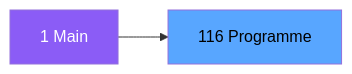
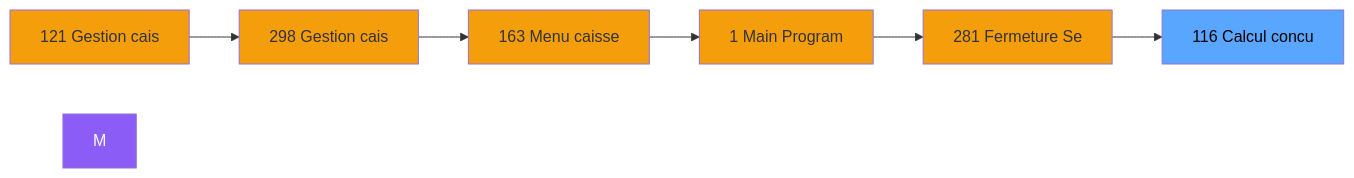
Before and after one commit to thonyAGP/magic-migration: the second of 3 diagrams in .openspec/specs/ADH-IDE-116.md, drawn with Mermaid. The commit also changed other lines of this file and 323 other files, not shown here.

````diff
--- a/.openspec/specs/ADH-IDE-116.md
+++ b/.openspec/specs/ADH-IDE-116.md
@@ -99,8 +114,21 @@
 ```mermaid
 graph LR
-    M[1 Main]
-    T[116 Programme]
-    M --> T
+    N121[121 Gestion cais]
+    N298[298 Gestion cais]
+    N163[163 Menu caisse ]
+    N1[1 Main Program]
+    N281[281 Fermeture Se]
+    T[116 Calcul concu]
+    N121 --> N298
+    N298 --> N163
+    N163 --> N1
+    N1 --> N281
+    N281 --> T
     style M fill:#8b5cf6,color:#fff
+    style N121 fill:#f59e0b
+    style N298 fill:#f59e0b
+    style N163 fill:#f59e0b
+    style N1 fill:#f59e0b
+    style N281 fill:#f59e0b
     style T fill:#58a6ff,color:#000
 ```
````
